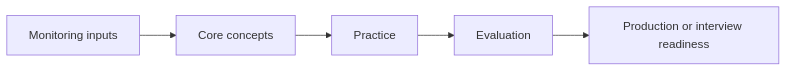
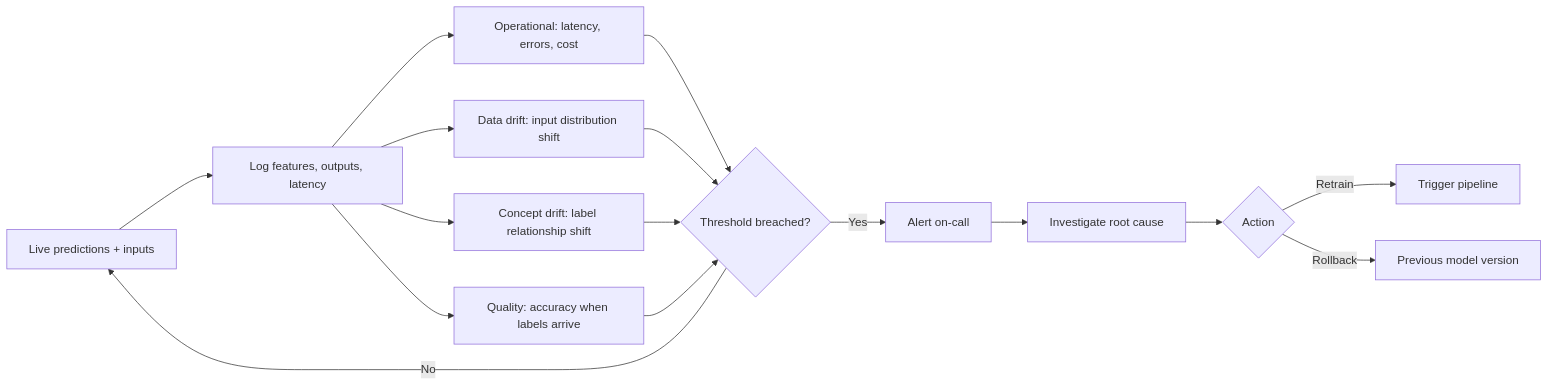
Before and after one commit to Icon1cc/Machine-Learning: the diagram in diagrams/22-monitoring.mmd, drawn with Mermaid. The commit also changed 118 other files, not shown here.

```diff
--- a/diagrams/22-monitoring.mmd
+++ b/diagrams/22-monitoring.mmd
@@ -1,5 +1,16 @@
 flowchart LR
-    A[Monitoring inputs] --> B[Core concepts]
-    B --> C[Practice]
-    C --> D[Evaluation]
-    D --> E[Production or interview readiness]
+    A[Live predictions + inputs] --> B[Log features, outputs, latency]
+    B --> C[Operational: latency, errors, cost]
+    B --> D[Data drift: input distribution shift]
+    B --> E[Concept drift: label relationship shift]
+    B --> F[Quality: accuracy when labels arrive]
+    C --> G{Threshold breached?}
+    D --> G
+    E --> G
+    F --> G
+    G -- Yes --> H[Alert on-call]
+    H --> I[Investigate root cause]
+    I --> J{Action}
+    J -- Retrain --> K[Trigger pipeline]
+    J -- Rollback --> L[Previous model version]
+    G -- No --> A
```
